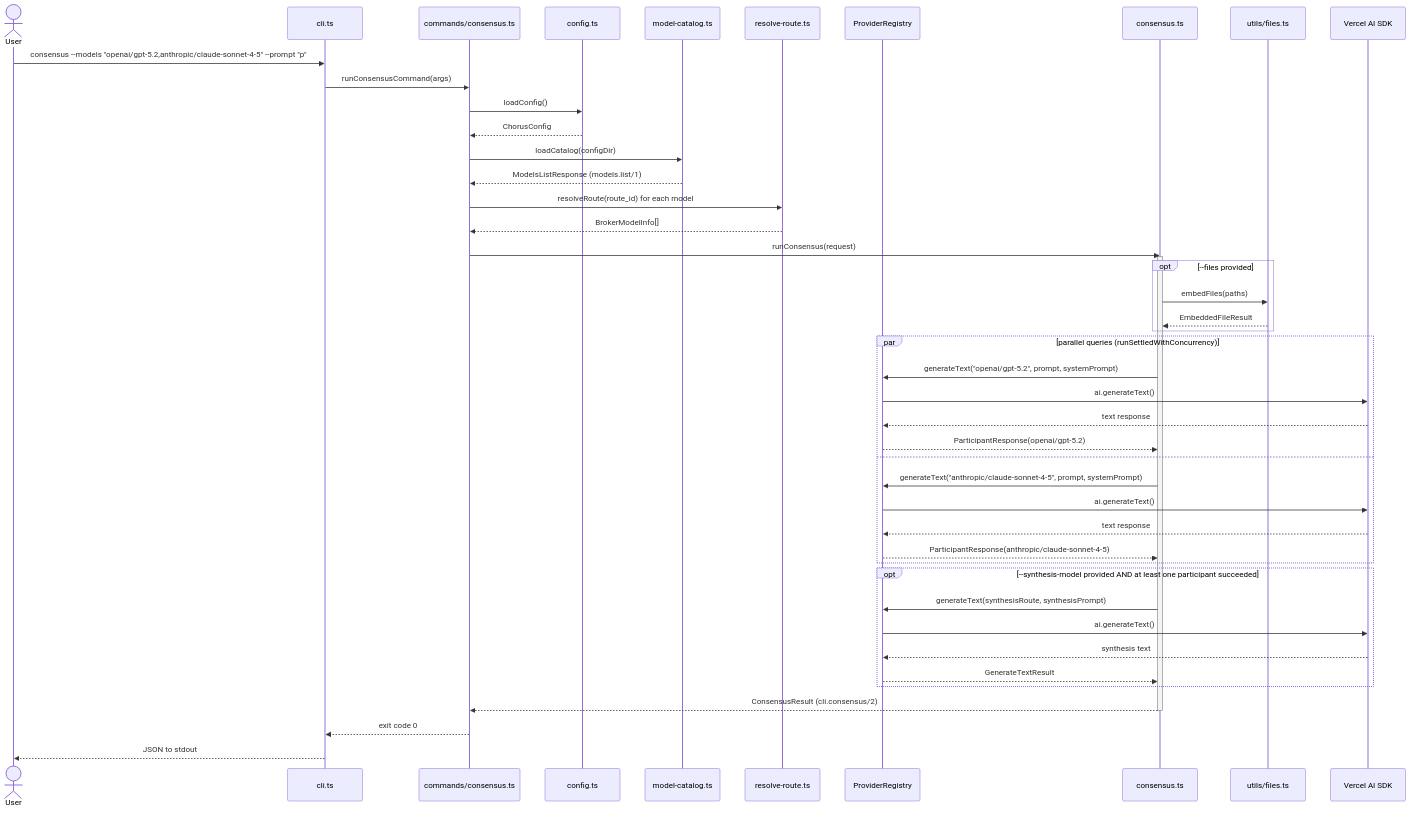
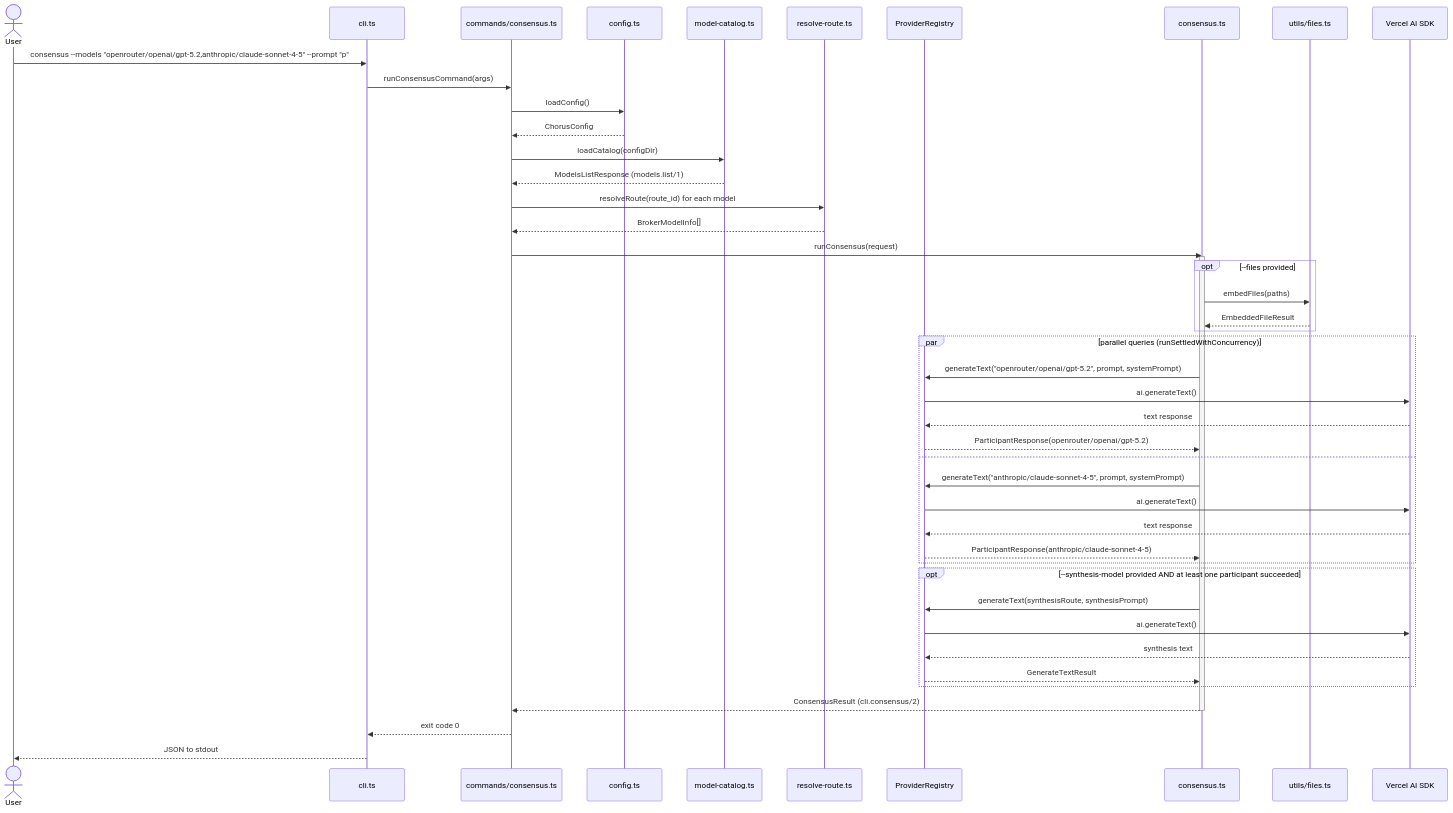
The second of 3 diagrams in docs/uml-diagrams.md (zaherg/chorus), drawn with Mermaid before and after one commit. The commit also changed other lines of this file and 11 other files, not shown here.

````diff
--- a/docs/uml-diagrams.md
+++ b/docs/uml-diagrams.md
@@ -246,55 +233,55 @@
 ```mermaid
 sequenceDiagram
     actor User
     participant CLI as cli.ts
     participant Cmd as commands/consensus.ts
     participant Config as config.ts
     participant Catalog as model-catalog.ts
     participant Resolve as resolve-route.ts
     participant Reg as ProviderRegistry
     participant Engine as consensus.ts
     participant Files as utils/files.ts
     participant AI as Vercel AI SDK
 
-    User->>CLI: consensus --models "openai/gpt-5.2,anthropic/claude-sonnet-4-5" --prompt "p"
+    User->>CLI: consensus --models "openrouter/openai/gpt-5.2,anthropic/claude-sonnet-4-5" --prompt "p"
     CLI->>Cmd: runConsensusCommand(args)
     Cmd->>Config: loadConfig()
     Config-->>Cmd: ChorusConfig
     Cmd->>Catalog: loadCatalog(configDir)
     Catalog-->>Cmd: ModelsListResponse (models.list/1)
     Cmd->>Resolve: resolveRoute(route_id) for each model
     Resolve-->>Cmd: BrokerModelInfo[]
 
     Cmd->>Engine: runConsensus(request)
     activate Engine
 
     opt --files provided
         Engine->>Files: embedFiles(paths)
         Files-->>Engine: EmbeddedFileResult
     end
 
     par parallel queries (runSettledWithConcurrency)
-        Engine->>Reg: generateText("openai/gpt-5.2", prompt, systemPrompt)
+        Engine->>Reg: generateText("openrouter/openai/gpt-5.2", prompt, systemPrompt)
         Reg->>AI: ai.generateText()
         AI-->>Reg: text response
-        Reg-->>Engine: ParticipantResponse(openai/gpt-5.2)
+        Reg-->>Engine: ParticipantResponse(openrouter/openai/gpt-5.2)
     and
         Engine->>Reg: generateText("anthropic/claude-sonnet-4-5", prompt, systemPrompt)
         Reg->>AI: ai.generateText()
         AI-->>Reg: text response
         Reg-->>Engine: ParticipantResponse(anthropic/claude-sonnet-4-5)
     end
 
     opt --synthesis-model provided AND at least one participant succeeded
         Engine->>Reg: generateText(synthesisRoute, synthesisPrompt)
         Reg->>AI: ai.generateText()
         AI-->>Reg: synthesis text
         Reg-->>Engine: GenerateTextResult
     end
 
     Engine-->>Cmd: ConsensusResult (cli.consensus/2)
     deactivate Engine
 
     Cmd-->>CLI: exit code 0
     CLI-->>User: JSON to stdout
 ```
````
